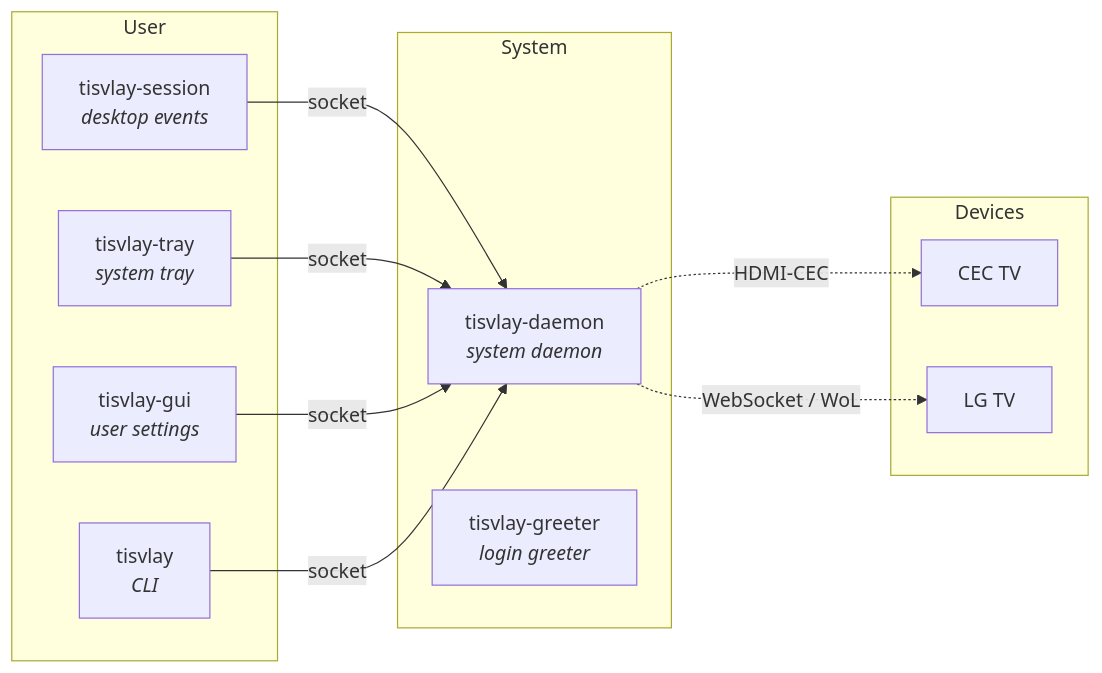
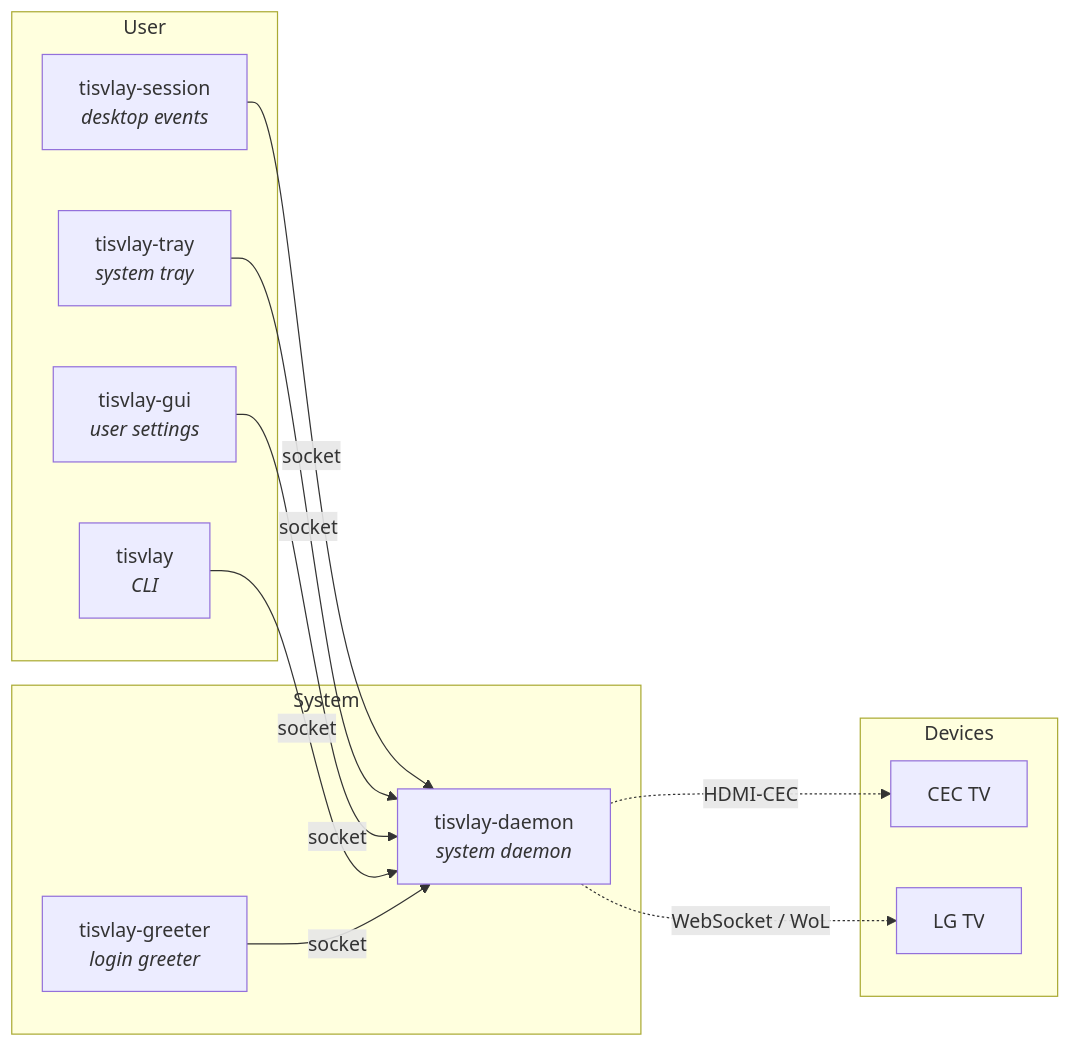
Before and after one commit to TisVlay/TisVlay: the diagram in README.md, drawn with Mermaid. The commit also changed other lines of this file and 25 other files, not shown here.

````diff
--- a/README.md
+++ b/README.md
@@ -61,27 +61,28 @@
 ```mermaid
 graph LR
 
 subgraph User
     Gui["tisvlay-gui<br/><i>user settings</i>"]
     Cli["tisvlay<br/><i>CLI</i>"]
     Session["tisvlay-session<br/><i>desktop events</i>"]
     Tray["tisvlay-tray<br/><i>system tray</i>"]
 end
 
 subgraph System
     Daemon["tisvlay-daemon<br/><i>system daemon</i>"]
     Greeter["tisvlay-greeter<br/><i>login greeter</i>"]
 end
 
 subgraph Devices
     TV1["CEC TV"]
     TV2["LG TV"]
 end
 
 Session -->|socket| Daemon
 Tray -->|socket| Daemon
 Gui -->|socket| Daemon
 Cli -->|socket| Daemon
+Greeter -->|socket| Daemon
 Daemon -.->|HDMI-CEC| TV1
 Daemon -.->|WebSocket / WoL| TV2
 ```
````
